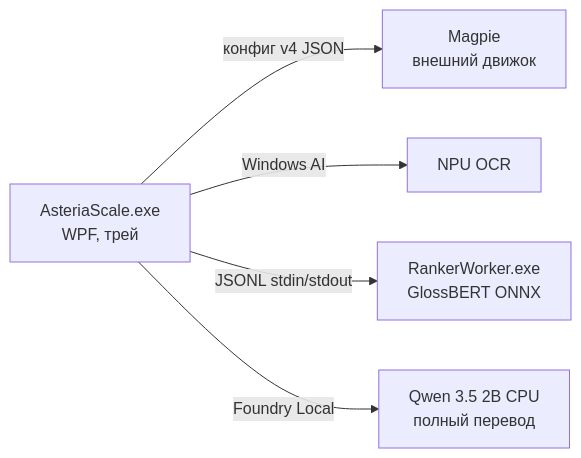
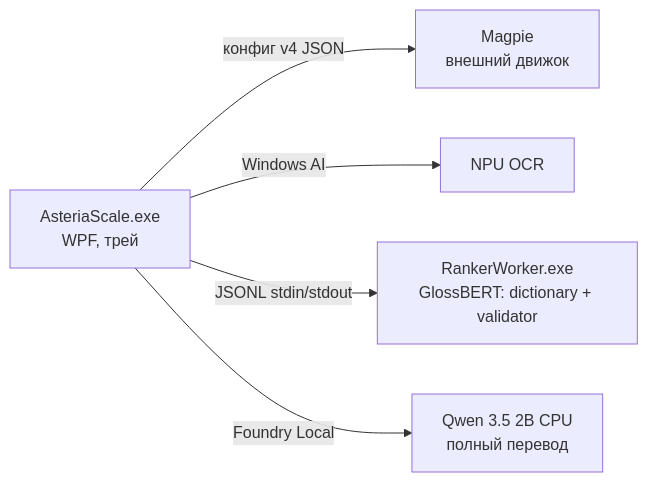
One commit to slava8519/AsteriaScale changed the diagram in docs/ARCHITECTURE.md. Above: the diagram before and after it, drawn with Mermaid. The commit also changed other lines of this file and 16 other files, not shown here.

Commit message:
Integrate GlossBERT into full translation pipeline

````diff
--- a/docs/ARCHITECTURE.md
+++ b/docs/ARCHITECTURE.md
@@ -19,7 +19,7 @@
 ```mermaid
 graph LR
     A[AsteriaScale.exe<br/>WPF, трей] -->|конфиг v4 JSON| M[Magpie<br/>внешний движок]
     A -->|Windows AI| OCR[NPU OCR]
-    A -->|JSONL stdin/stdout| R[RankerWorker.exe<br/>GlossBERT ONNX]
+    A -->|JSONL stdin/stdout| R[RankerWorker.exe<br/>GlossBERT: dictionary + validator]
     A -->|Foundry Local| Q[Qwen 3.5 2B CPU<br/>полный перевод]
 ```
````
